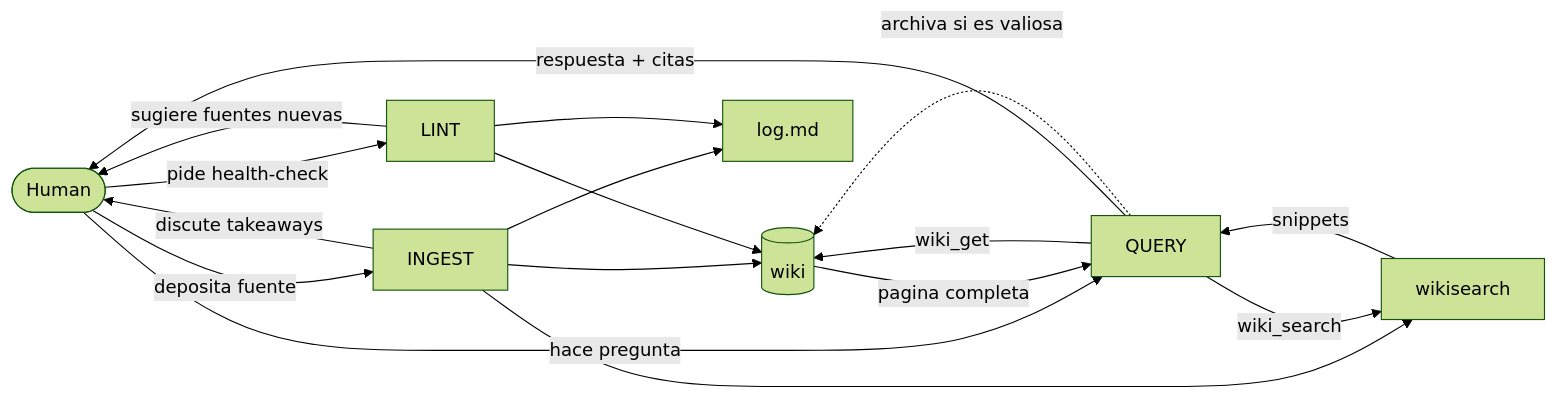
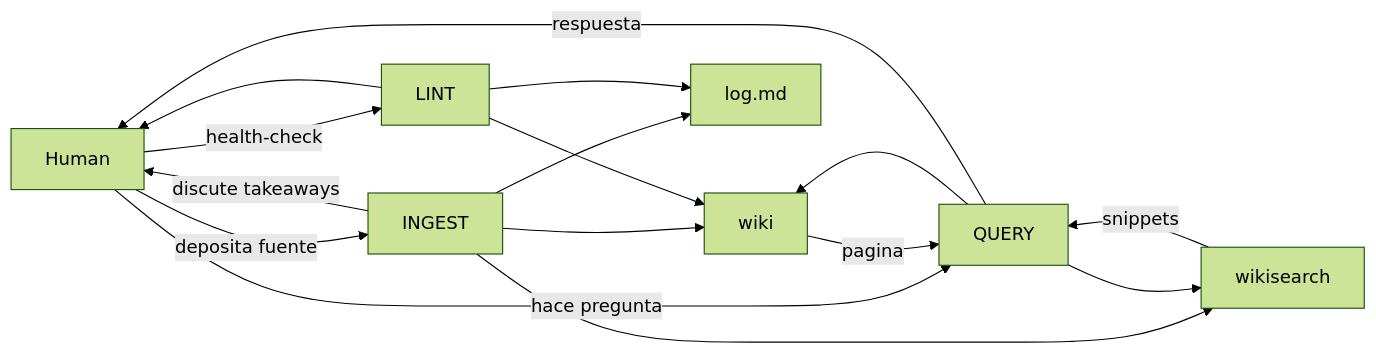
Before and after one commit to devsart95/LlmBrain-AK: the diagram in README.md, drawn with Mermaid (forest theme).

Commit message:
fix(readme): simplificar diagrama Mermaid para render confiable en GitHub

````diff
--- a/README.md
+++ b/README.md
@@ -53,26 +53,20 @@
 ```mermaid
 flowchart LR
-    H([Human])
-    W[(wiki)]
-    WS[wikisearch]
-    LOG[log.md]
-
-    H -->|deposita fuente| IG[INGEST]
+    H[Human] -->|deposita fuente| IG[INGEST]
     IG -->|discute takeaways| H
-    IG --> W
-    IG --> WS
-    IG --> LOG
+    IG --> W[wiki]
+    IG --> WS[wikisearch]
+    IG --> LOG[log.md]
 
     H -->|hace pregunta| Q[QUERY]
-    Q -->|wiki_search| WS
+    Q --> WS
     WS -->|snippets| Q
-    Q -->|wiki_get| W
-    W -->|pagina completa| Q
-    Q -->|respuesta + citas| H
-    Q -.->|archiva si es valiosa| W
+    Q --> W
+    W -->|pagina| Q
+    Q -->|respuesta| H
 
-    H -->|pide health-check| L[LINT]
+    H -->|health-check| L[LINT]
     L --> W
     L --> LOG
-    L -->|sugiere fuentes nuevas| H
+    L --> H
 ```
````
